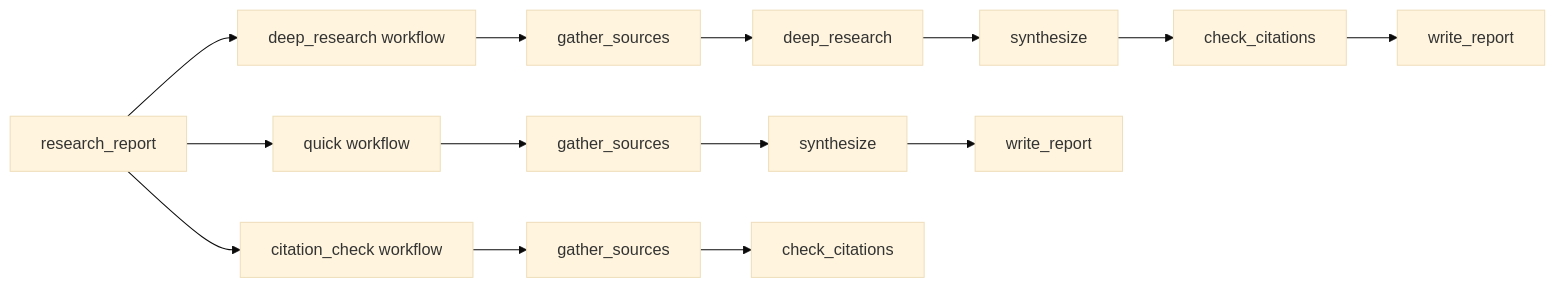
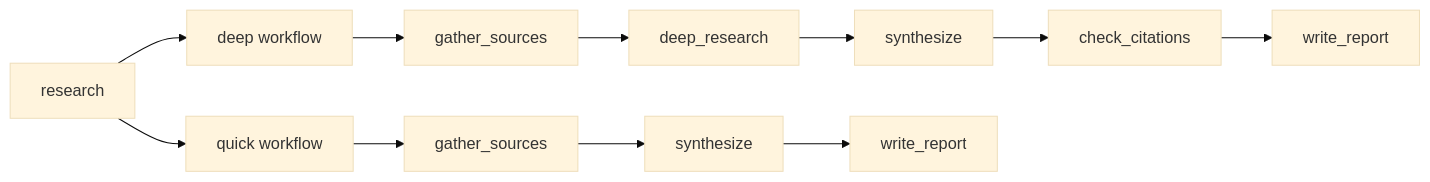
One commit to Unsupervisedcom/deepwork changed the first of 5 diagrams in doc/concepts.md. Above: the diagram before and after it, drawn with Mermaid (base theme). The commit also changed other lines of this file, not shown here.

First line of the commit message:
Simplify to two workflows: deep and quick

````diff
--- a/doc/concepts.md
+++ b/doc/concepts.md
@@ -14,9 +13,7 @@
 ```mermaid
 graph LR
-    JOB["research_report"] --> DR["deep_research workflow"]
+    JOB["research"] --> DR["deep workflow"]
     JOB --> Q["quick workflow"]
-    JOB --> CC["citation_check workflow"]
     DR --> G1["gather_sources"] --> D["deep_research"] --> S1["synthesize"] --> C1["check_citations"] --> W1["write_report"]
     Q --> G2["gather_sources"] --> S2["synthesize"] --> W2["write_report"]
-    CC --> G3["gather_sources"] --> C2["check_citations"]
 ```
````
